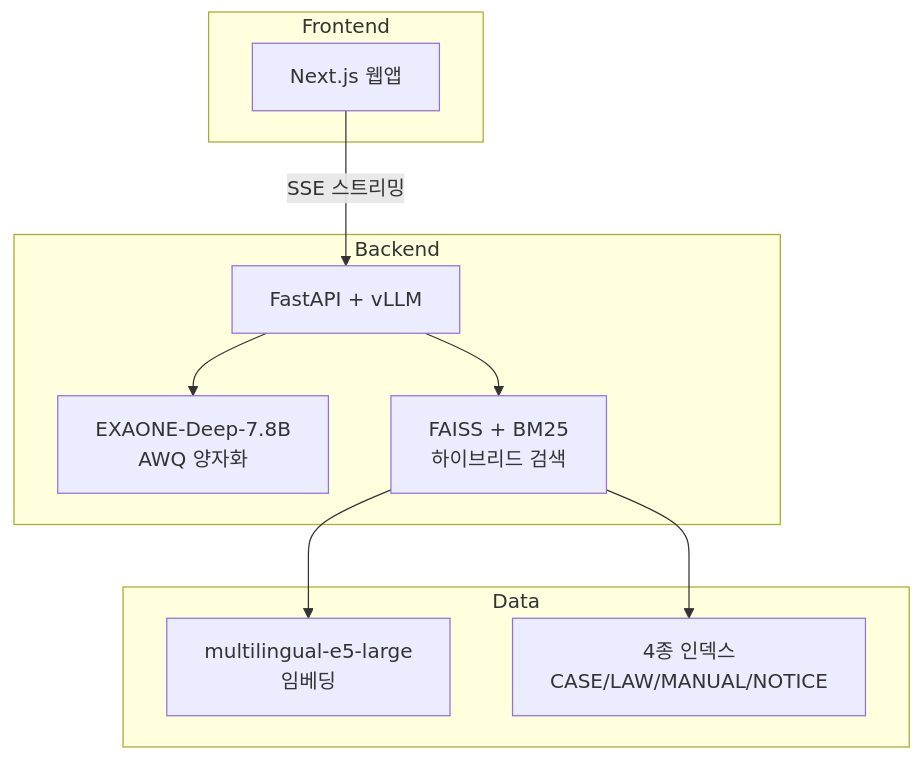
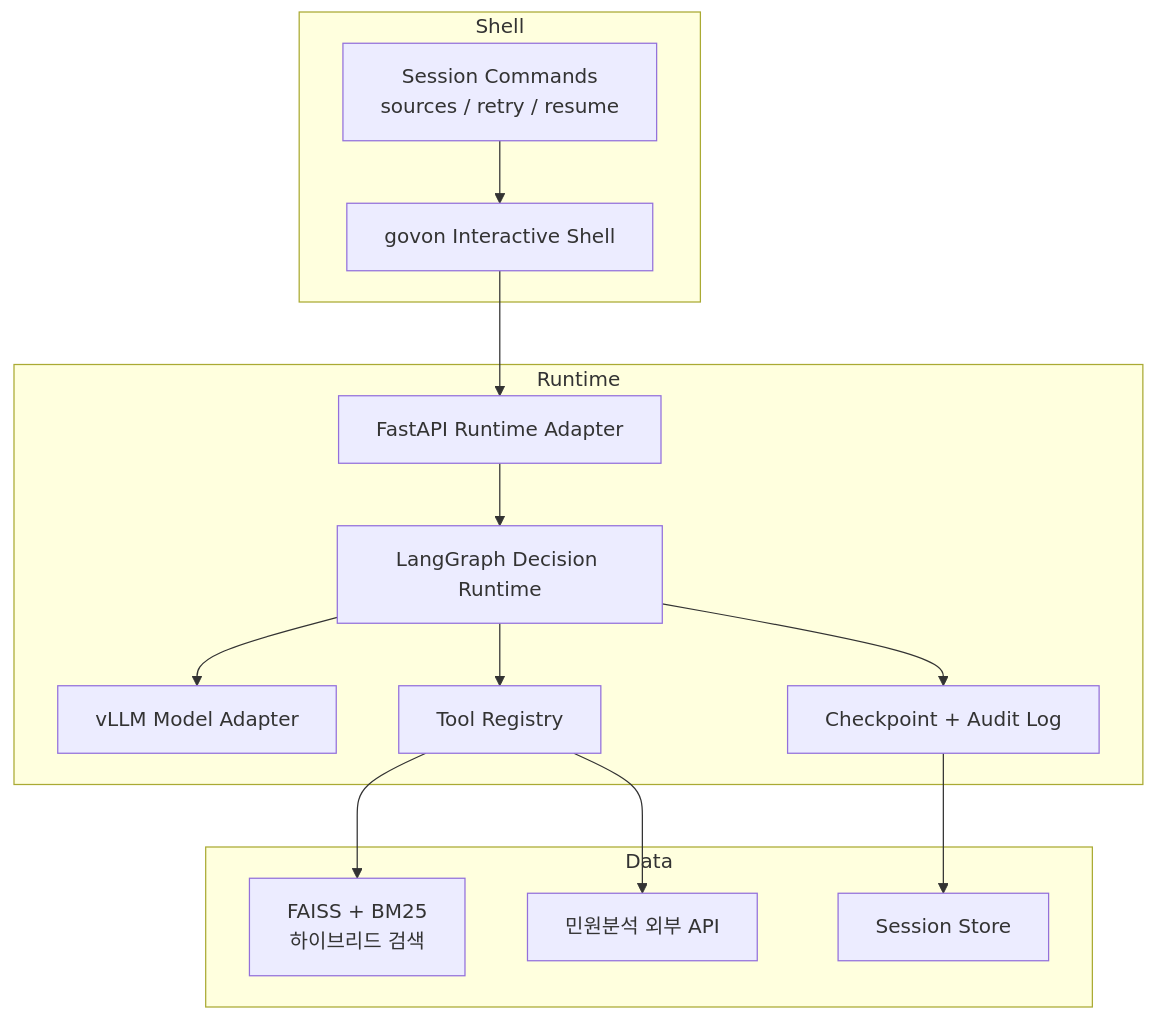
One commit to yuujjjj/AIOSS_GovOn changed the diagram in README.md. Above: the diagram before and after it, drawn with Mermaid. The commit also changed other lines of this file and 2 other files, not shown here.

Commit message:
docs: 첫 릴리즈 에이전틱 아키텍처 문서 동기화 (#432)
ADR-006, workflow, README를 shell-first + graph-based decision framework 기준으로 정렬한다.

Closes #407
Refs #402
Refs #406

````diff
--- a/README.md
+++ b/README.md
@@ -68,23 +68,31 @@
 ```mermaid
 graph TB
-    subgraph Frontend
-        A[Next.js 웹앱]
+    subgraph Shell
+        A[govon Interactive Shell]
+        B[Session Commands<br/>sources / retry / resume]
     end
 
-    subgraph Backend
-        B[FastAPI + vLLM]
-        C[EXAONE-Deep-7.8B<br/>AWQ 양자화]
-        D[FAISS + BM25<br/>하이브리드 검색]
+    subgraph Runtime
+        C[FastAPI Runtime Adapter]
+        D[LangGraph Decision Runtime]
+        E[vLLM Model Adapter]
+        F[Tool Registry]
+        G[Checkpoint + Audit Log]
     end
 
     subgraph Data
-        E[multilingual-e5-large<br/>임베딩]
-        F[4종 인덱스<br/>CASE/LAW/MANUAL/NOTICE]
+        H[FAISS + BM25<br/>하이브리드 검색]
+        I[민원분석 외부 API]
+        J[Session Store]
     end
 
-    A -->|SSE 스트리밍| B
-    B --> C
-    B --> D
+    A --> C
+    B --> A
+    C --> D
     D --> E
     D --> F
+    F --> H
+    F --> I
+    D --> G
+    G --> J
 ```
````
